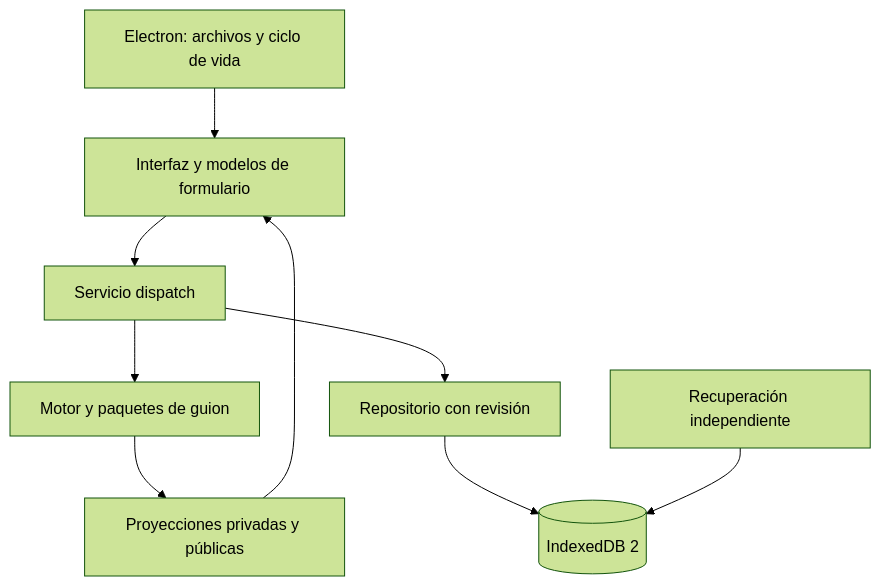
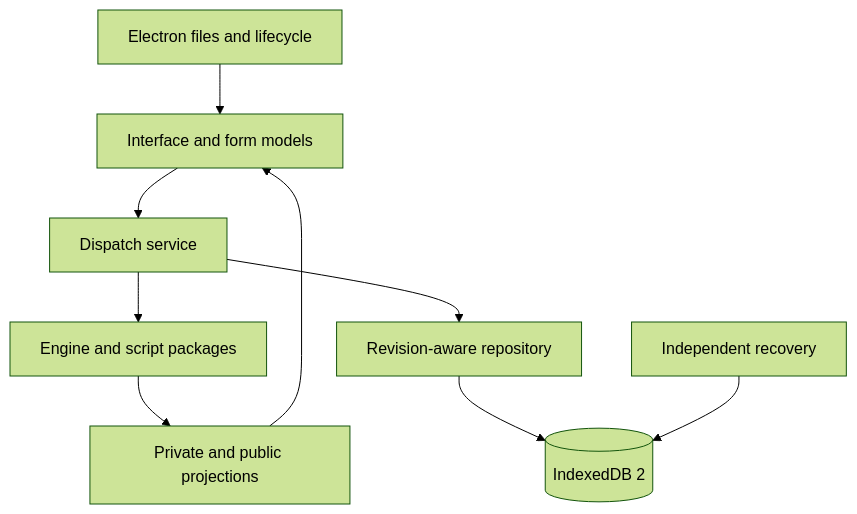
Before and after one commit to juanmavillard/grimorio: the diagram in docs/tecnico/arquitectura.md, drawn with Mermaid (forest theme). The commit also changed other lines of this file and 13 other files, not shown here.

````diff
--- a/docs/tecnico/arquitectura.md
+++ b/docs/tecnico/arquitectura.md
@@ -7,11 +7,11 @@
 ```mermaid
 flowchart TD
-    UI[Interfaz y modelos de formulario] --> APP[Servicio dispatch]
-    APP --> RULES[Motor y paquetes de guion]
-    APP --> REPO[Repositorio con revisión]
+    UI[Interface and form models] --> APP[Dispatch service]
+    APP --> RULES[Engine and script packages]
+    APP --> REPO[Revision-aware repository]
     REPO --> DB[(IndexedDB 2)]
-    RULES --> PROJ[Proyecciones privadas y públicas]
+    RULES --> PROJ[Private and public projections]
     PROJ --> UI
-    RESCUE[Recuperación independiente] --> DB
-    DESKTOP[Electron: archivos y ciclo de vida] --> UI
+    RESCUE[Independent recovery] --> DB
+    DESKTOP[Electron files and lifecycle] --> UI
 ```
````
